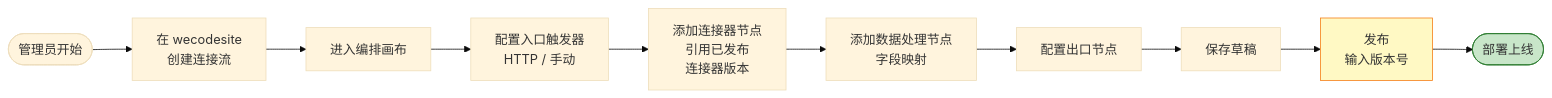
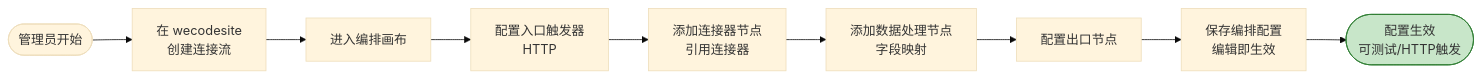
The fourth of 8 diagrams in .sddu/specs-tree-root/specs-tree-connector-platform/plan.md (THZSummer/open-app), drawn with Mermaid (base theme) before and after one commit. The commit also changed other lines of this file and 3 other files, not shown here.

````diff
--- a/.sddu/specs-tree-root/specs-tree-connector-platform/plan.md
+++ b/.sddu/specs-tree-root/specs-tree-connector-platform/plan.md
@@ -270,15 +266,13 @@
 ```mermaid
 flowchart LR
     Start([管理员开始]) --> A["在 wecodesite<br/>创建连接流"]
     A --> B["进入编排画布"]
-    B --> C["配置入口触发器<br/>HTTP / 手动"]
-    C --> D["添加连接器节点<br/>引用已发布<br/>连接器版本"]
+    B --> C["配置入口触发器<br/>HTTP"]
+    C --> D["添加连接器节点<br/>引用连接器"]
     D --> E["添加数据处理节点<br/>字段映射"]
     E --> F["配置出口节点"]
-    F --> G["保存草稿"]
-    G --> H["发布<br/>输入版本号"]
-    H --> I([部署上线])
+    F --> G["保存编排配置<br/>编辑即生效"]
+    G --> H([配置生效<br/>可测试/HTTP触发])
 
-    style H fill:#fff9c4,stroke:#f57f17
-    style I fill:#c8e6c9,stroke:#2e7d32
+    style H fill:#c8e6c9,stroke:#2e7d32
 ```
````
